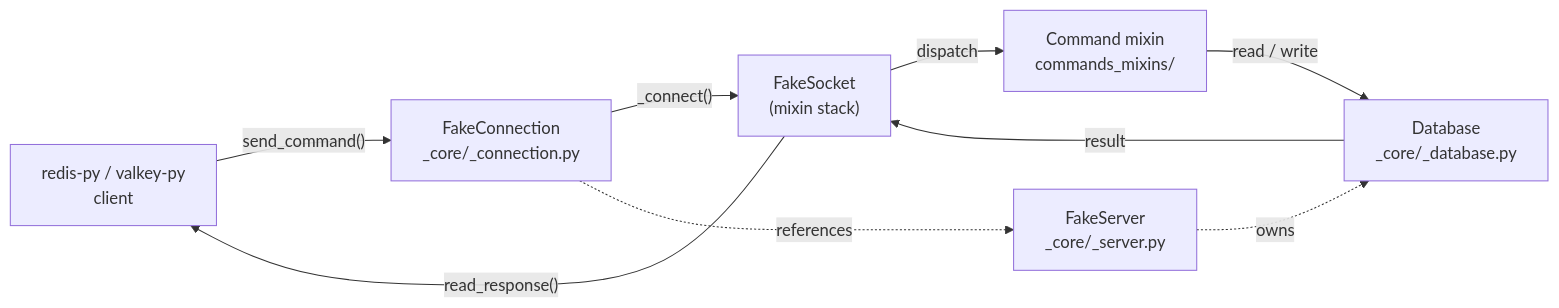
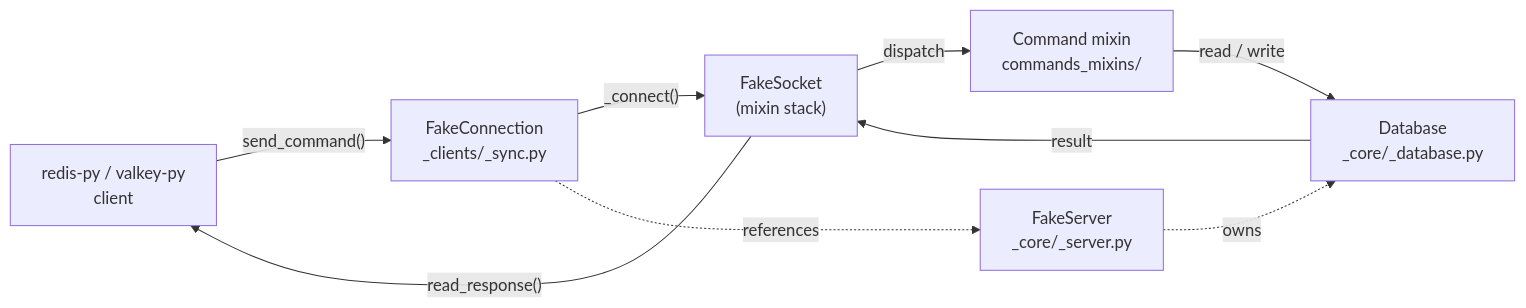
One commit to cunla/fakeredis-py changed the second of 3 diagrams in docs/index.md. Above: the diagram before and after it, drawn with Mermaid. The commit also changed 18 other files, not shown here.

First line of the commit message:
refactor: move the client-facing classes into fakeredis/_clients (#590)

````diff
--- a/docs/index.md
+++ b/docs/index.md
@@ -330,12 +330,12 @@
 ```mermaid
 flowchart LR
-    Client["redis-py / valkey-py\nclient"] -->|"send_command()"| FC["FakeConnection\n_core/_connection.py"]
+    Client["redis-py / valkey-py\nclient"] -->|"send_command()"| FC["FakeConnection\n_clients/_sync.py"]
     FC -->|"_connect()"| FS["FakeSocket\n(mixin stack)"]
     FS -->|"dispatch"| MX["Command mixin\ncommands_mixins/"]
     MX -->|"read / write"| DB["Database\n_core/_database.py"]
     DB -->|"result"| FS
     FS -->|"read_response()"| Client
 
     SRV["FakeServer\n_core/_server.py"] -. "owns" .-> DB
     FC -. "references" .-> SRV
 ```
````
